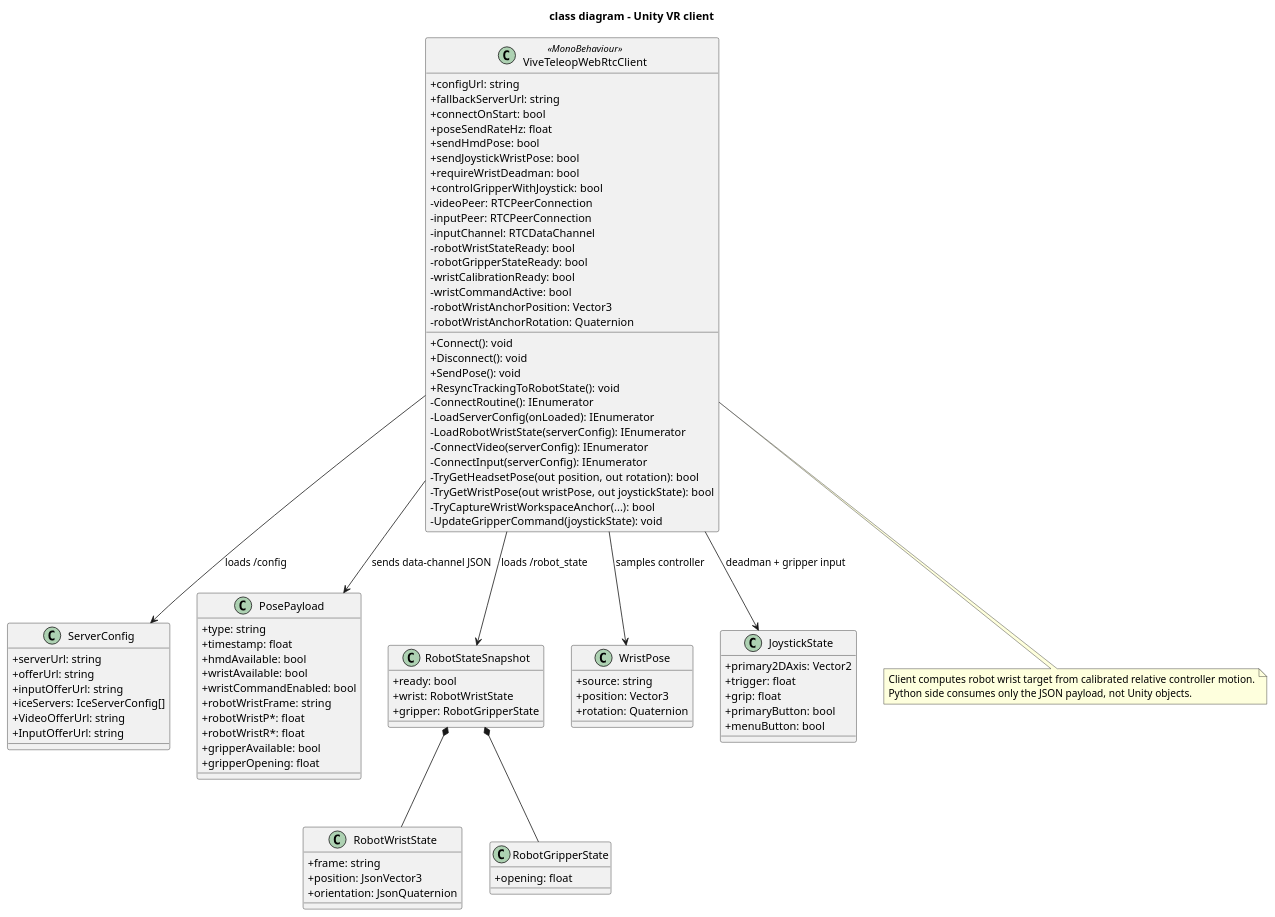
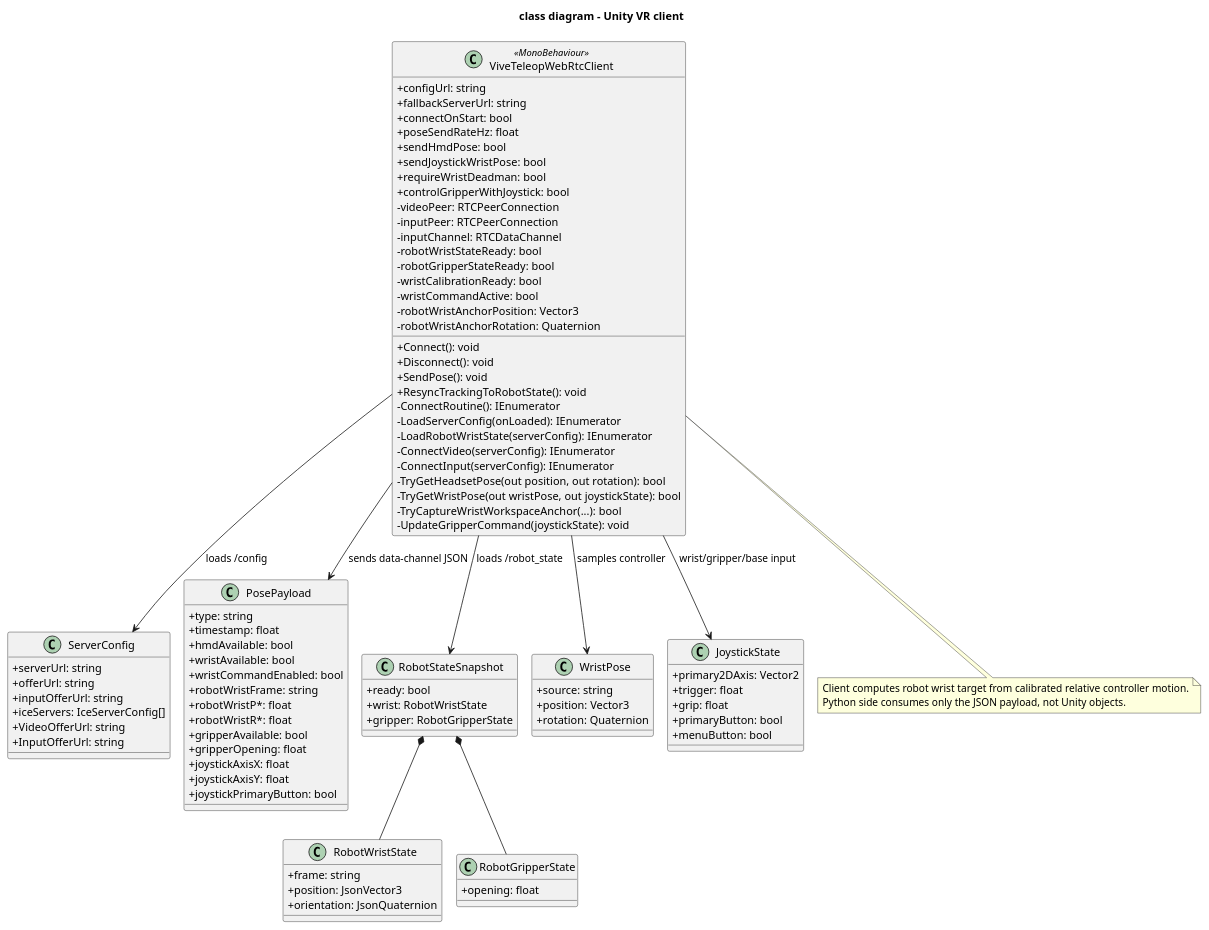
One commit to ichores-research/vive_teleop changed the diagram in docs/architecture/class/unity/unity-client.puml. Above: the diagram before and after it, drawn with PlantUML. The commit also changed 39 other files, not shown here.

```diff
--- a/docs/architecture/class/unity/unity-client.puml
+++ b/docs/architecture/class/unity/unity-client.puml
@@ -1,106 +1,110 @@
 @startuml
+!pragma layout smetana
 title class diagram - Unity VR client
 
 skinparam classAttributeIconSize 0
 skinparam shadowing false
 skinparam defaultFontName Monospace
 
 class ViveTeleopWebRtcClient <<MonoBehaviour>> {
   +configUrl: string
   +fallbackServerUrl: string
   +connectOnStart: bool
   +poseSendRateHz: float
   +sendHmdPose: bool
   +sendJoystickWristPose: bool
   +requireWristDeadman: bool
   +controlGripperWithJoystick: bool
   -videoPeer: RTCPeerConnection
   -inputPeer: RTCPeerConnection
   -inputChannel: RTCDataChannel
   -robotWristStateReady: bool
   -robotGripperStateReady: bool
   -wristCalibrationReady: bool
   -wristCommandActive: bool
   -robotWristAnchorPosition: Vector3
   -robotWristAnchorRotation: Quaternion
   +Connect(): void
   +Disconnect(): void
   +SendPose(): void
   +ResyncTrackingToRobotState(): void
   -ConnectRoutine(): IEnumerator
   -LoadServerConfig(onLoaded): IEnumerator
   -LoadRobotWristState(serverConfig): IEnumerator
   -ConnectVideo(serverConfig): IEnumerator
   -ConnectInput(serverConfig): IEnumerator
   -TryGetHeadsetPose(out position, out rotation): bool
   -TryGetWristPose(out wristPose, out joystickState): bool
   -TryCaptureWristWorkspaceAnchor(...): bool
   -UpdateGripperCommand(joystickState): void
 }
 
 class ServerConfig {
   +serverUrl: string
   +offerUrl: string
   +inputOfferUrl: string
   +iceServers: IceServerConfig[]
   +VideoOfferUrl: string
   +InputOfferUrl: string
 }
 
 class PosePayload {
   +type: string
   +timestamp: float
   +hmdAvailable: bool
   +wristAvailable: bool
   +wristCommandEnabled: bool
   +robotWristFrame: string
   +robotWristP*: float
   +robotWristR*: float
   +gripperAvailable: bool
   +gripperOpening: float
+  +joystickAxisX: float
+  +joystickAxisY: float
+  +joystickPrimaryButton: bool
 }
 
 class RobotStateSnapshot {
   +ready: bool
   +wrist: RobotWristState
   +gripper: RobotGripperState
 }
 
 class RobotWristState {
   +frame: string
   +position: JsonVector3
   +orientation: JsonQuaternion
 }
 
 class RobotGripperState {
   +opening: float
 }
 
 class WristPose {
   +source: string
   +position: Vector3
   +rotation: Quaternion
 }
 
 class JoystickState {
   +primary2DAxis: Vector2
   +trigger: float
   +grip: float
   +primaryButton: bool
   +menuButton: bool
 }
 
 ViveTeleopWebRtcClient --> ServerConfig : loads /config
 ViveTeleopWebRtcClient --> RobotStateSnapshot : loads /robot_state
 ViveTeleopWebRtcClient --> PosePayload : sends data-channel JSON
 ViveTeleopWebRtcClient --> WristPose : samples controller
-ViveTeleopWebRtcClient --> JoystickState : deadman + gripper input
+ViveTeleopWebRtcClient --> JoystickState : wrist/gripper/base input
 RobotStateSnapshot *-- RobotWristState
 RobotStateSnapshot *-- RobotGripperState
 
 note bottom of ViveTeleopWebRtcClient
   Client computes robot wrist target from calibrated relative controller motion.
   Python side consumes only the JSON payload, not Unity objects.
 end note
 
 @enduml
```
